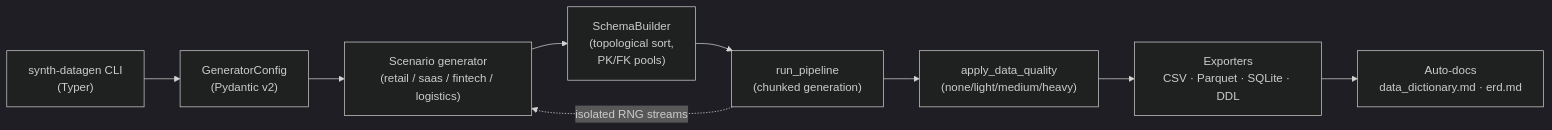
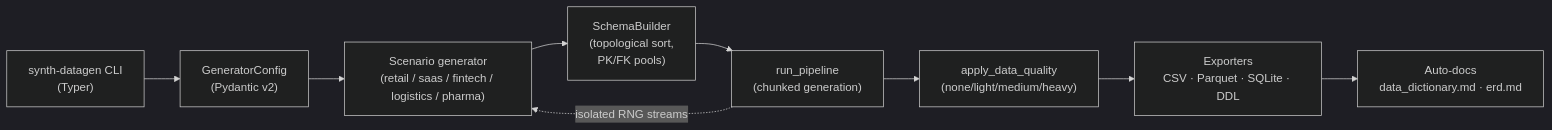
One commit to ryszard-twardy/synth-datagen changed the diagram in README.md. Above: the diagram before and after it, drawn with Mermaid (dark theme). The commit also changed other lines of this file and 5 other files, not shown here.

````diff
--- a/README.md
+++ b/README.md
@@ -112,11 +112,11 @@
 ```mermaid
 flowchart LR
     CLI["synth-datagen CLI<br/>(Typer)"] --> Cfg["GeneratorConfig<br/>(Pydantic v2)"]
-    Cfg --> Gen["Scenario generator<br/>(retail / saas / fintech / logistics)"]
+    Cfg --> Gen["Scenario generator<br/>(retail / saas / fintech / logistics / pharma)"]
     Gen --> Schema["SchemaBuilder<br/>(topological sort,<br/>PK/FK pools)"]
     Schema --> Pipe["run_pipeline<br/>(chunked generation)"]
     Pipe --> DQ["apply_data_quality<br/>(none/light/medium/heavy)"]
     DQ --> Exp["Exporters<br/>CSV · Parquet · SQLite · DDL"]
     Exp --> Docs["Auto-docs<br/>data_dictionary.md · erd.md"]
     Pipe -. isolated RNG streams .-> Gen
 ```
````
